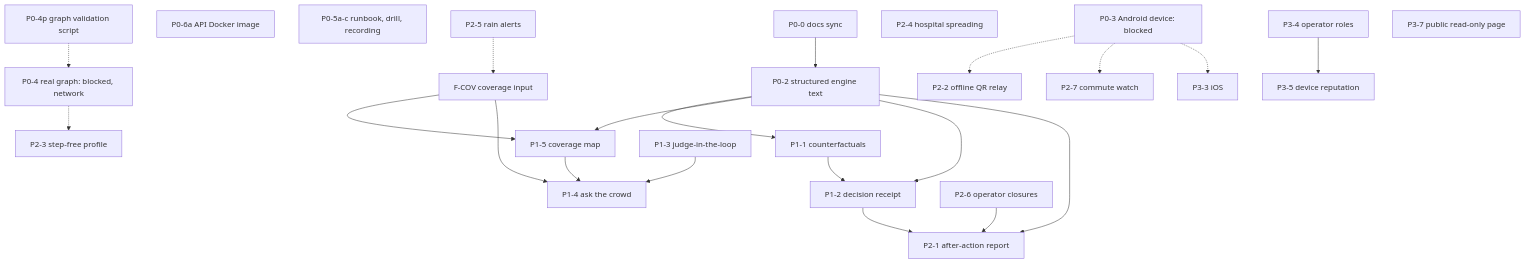
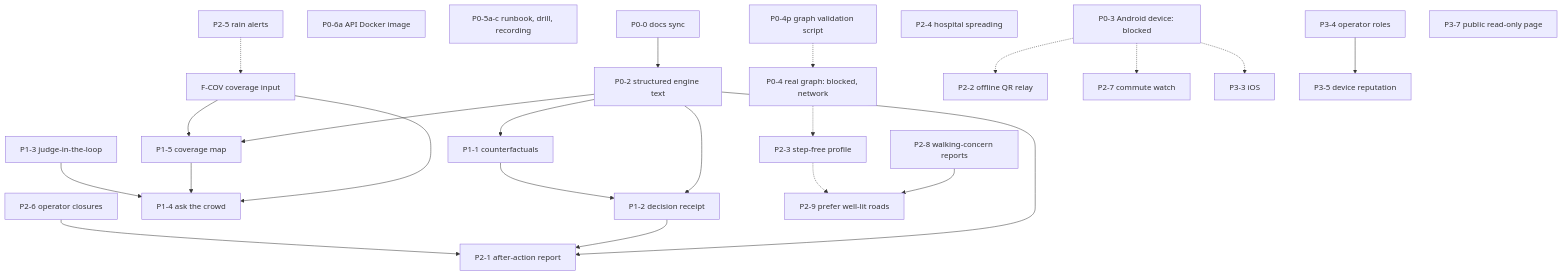
The diagram in docs/DEPENDENCY_MAP.md (KanishKumar11/VIGHNAWAY), drawn with Mermaid before and after one commit. The commit also changed other lines of this file and 31 other files, not shown here.

````diff
--- a/docs/DEPENDENCY_MAP.md
+++ b/docs/DEPENDENCY_MAP.md
@@ -12,30 +12,32 @@
 ```mermaid
 flowchart TD
   P00[P0-0 docs sync] --> P02
   P02[P0-2 structured engine text] --> P11
   P02 --> P15
   P02 --> P12
   P02 --> P21
   P06a[P0-6a API Docker image]
   P05[P0-5a-c runbook, drill, recording]
   P04p[P0-4p graph validation script] -.-> P04[P0-4 real graph: blocked, network]
   P04 -.-> P23
   P11[P1-1 counterfactuals] --> P12
   P13[P1-3 judge-in-the-loop]
   FCOV[F-COV coverage input] --> P15[P1-5 coverage map]
   FCOV --> P14[P1-4 ask the crowd]
   P15 --> P14
   P13 --> P14
   P12[P1-2 decision receipt] --> P21[P2-1 after-action report]
   P26[P2-6 operator closures] --> P21
   P23[P2-3 step-free profile]
+  P28[P2-8 walking-concern reports] --> P29[P2-9 prefer well-lit roads]
+  P23 -.-> P29
   P22[P2-2 offline QR relay]
   P25[P2-5 rain alerts] -.-> FCOV
   P24[P2-4 hospital spreading]
   P27[P2-7 commute watch]
   P03[P0-3 Android device: blocked] -.-> P22
   P03 -.-> P27
   P03 -.-> P33[P3-3 iOS]
   P34[P3-4 operator roles] --> P35[P3-5 device reputation]
   P37[P3-7 public read-only page]
 ```
````
